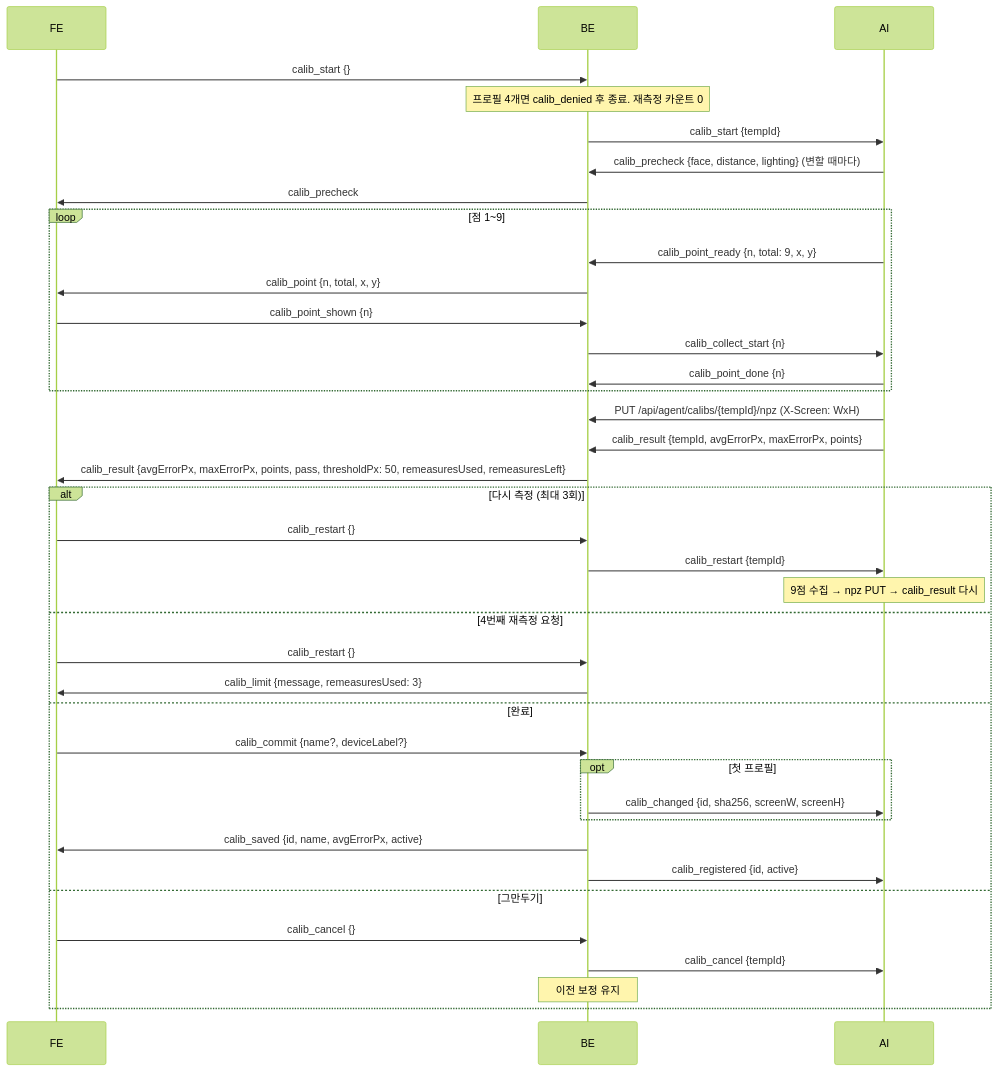
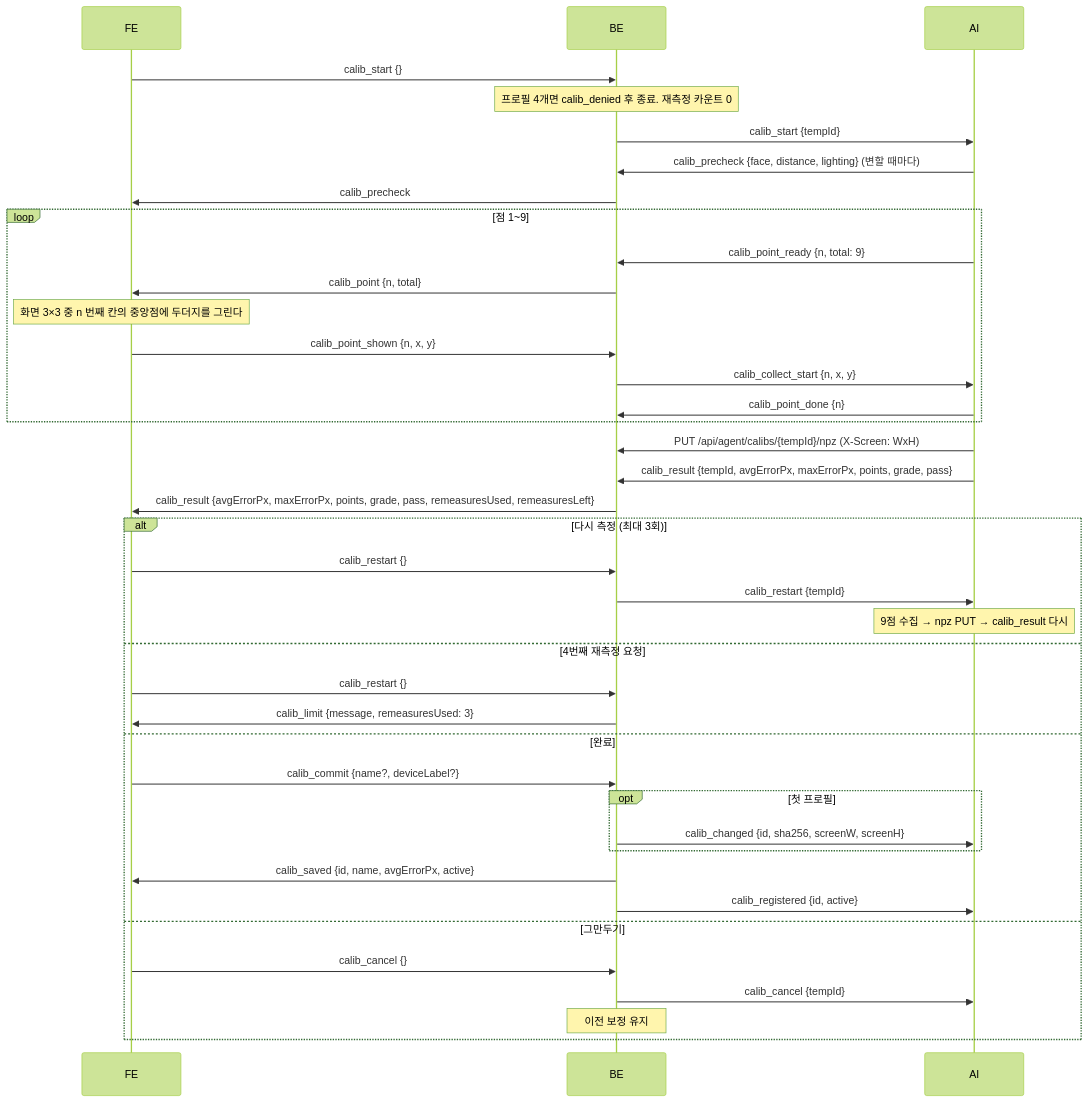
One commit to 42JH/SIA changed the tenth of 12 diagrams in Backend/docs/프로토콜.md. Above: the diagram before and after it, drawn with Mermaid (forest theme). The commit also changed other lines of this file and 8 other files, not shown here.

````diff
--- a/Backend/docs/프로토콜.md
+++ b/Backend/docs/프로토콜.md
@@ -999,40 +999,41 @@
 ```mermaid
 sequenceDiagram
     participant FE
     participant BE
     participant AI
     FE->>BE: calib_start {}
     Note over BE: 프로필 4개면 calib_denied 후 종료. 재측정 카운트 0
     BE->>AI: calib_start {tempId}
     AI->>BE: calib_precheck {face, distance, lighting} (변할 때마다)
     BE->>FE: calib_precheck
     loop 점 1~9
-        AI->>BE: calib_point_ready {n, total: 9, x, y}
-        BE->>FE: calib_point {n, total, x, y}
-        FE->>BE: calib_point_shown {n}
-        BE->>AI: calib_collect_start {n}
+        AI->>BE: calib_point_ready {n, total: 9}
+        BE->>FE: calib_point {n, total}
+        Note over FE: 화면 3×3 중 n 번째 칸의 중앙점에 두더지를 그린다
+        FE->>BE: calib_point_shown {n, x, y}
+        BE->>AI: calib_collect_start {n, x, y}
         AI->>BE: calib_point_done {n}
     end
     AI->>BE: PUT /api/agent/calibs/{tempId}/npz (X-Screen: WxH)
-    AI->>BE: calib_result {tempId, avgErrorPx, maxErrorPx, points}
-    BE->>FE: calib_result {avgErrorPx, maxErrorPx, points, pass, thresholdPx: 50, remeasuresUsed, remeasuresLeft}
+    AI->>BE: calib_result {tempId, avgErrorPx, maxErrorPx, points, grade, pass}
+    BE->>FE: calib_result {avgErrorPx, maxErrorPx, points, grade, pass, remeasuresUsed, remeasuresLeft}
     alt 다시 측정 (최대 3회)
         FE->>BE: calib_restart {}
         BE->>AI: calib_restart {tempId}
         Note over AI: 9점 수집 → npz PUT → calib_result 다시
     else 4번째 재측정 요청
         FE->>BE: calib_restart {}
         BE->>FE: calib_limit {message, remeasuresUsed: 3}
     else 완료
         FE->>BE: calib_commit {name?, deviceLabel?}
         opt 첫 프로필
             BE->>AI: calib_changed {id, sha256, screenW, screenH}
         end
         BE->>FE: calib_saved {id, name, avgErrorPx, active}
         BE->>AI: calib_registered {id, active}
     else 그만두기
         FE->>BE: calib_cancel {}
         BE->>AI: calib_cancel {tempId}
         Note over BE: 이전 보정 유지
     end
 ```
````
